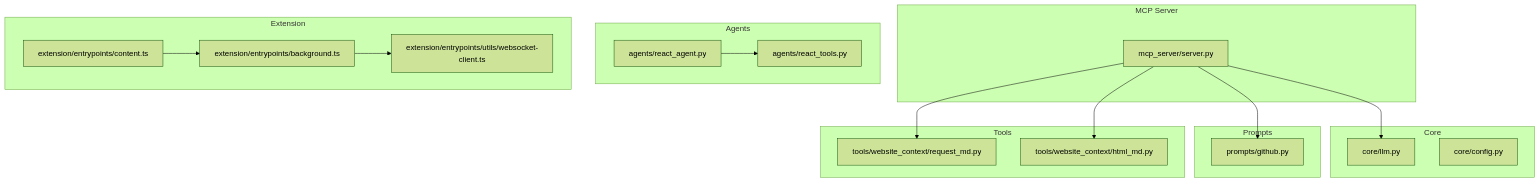
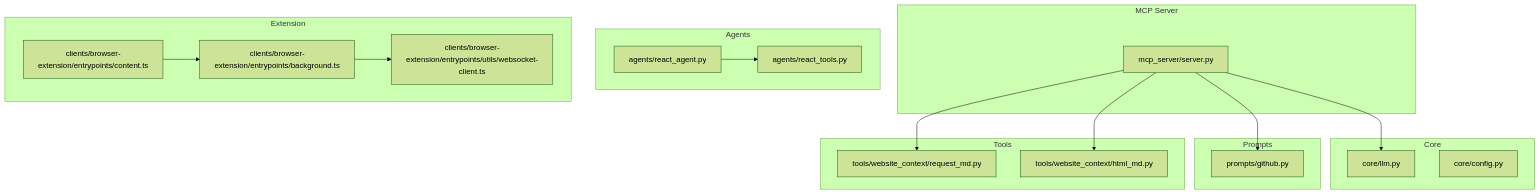
One commit to tashifkhan/tashif.codes changed the first of 9 diagrams in src/data/docs/agentic-browser/MCP Server.md. Above: the diagram before and after it, drawn with Mermaid (forest theme). The commit also changed other lines of this file and 2128 other files, not shown here.

First line of the commit message:
docs: replace raster diagram images with native Mermaid across project guides

````diff
--- a/src/data/docs/agentic-browser/MCP Server.md
+++ b/src/data/docs/agentic-browser/MCP Server.md
@@ -9,33 +9,33 @@
 ```mermaid
 graph TB
 subgraph "MCP Server"
 MCP["mcp_server/server.py"]
 end
 subgraph "Core"
 LLM["core/llm.py"]
 CFG["core/config.py"]
 end
 subgraph "Prompts"
 GH["prompts/github.py"]
 end
 subgraph "Tools"
 WM["tools/website_context/request_md.py"]
 HM["tools/website_context/html_md.py"]
 end
 subgraph "Agents"
 RA["agents/react_agent.py"]
 RT["agents/react_tools.py"]
 end
 subgraph "Extension"
-BG["extension/entrypoints/background.ts"]
-CT["extension/entrypoints/content.ts"]
-WS["extension/entrypoints/utils/websocket-client.ts"]
+BG["clients/browser-extension/entrypoints/background.ts"]
+CT["clients/browser-extension/entrypoints/content.ts"]
+WS["clients/browser-extension/entrypoints/utils/websocket-client.ts"]
 end
 MCP --> LLM
 MCP --> GH
 MCP --> WM
 MCP --> HM
 RA --> RT
 BG --> WS
 CT --> BG
 ```
````
